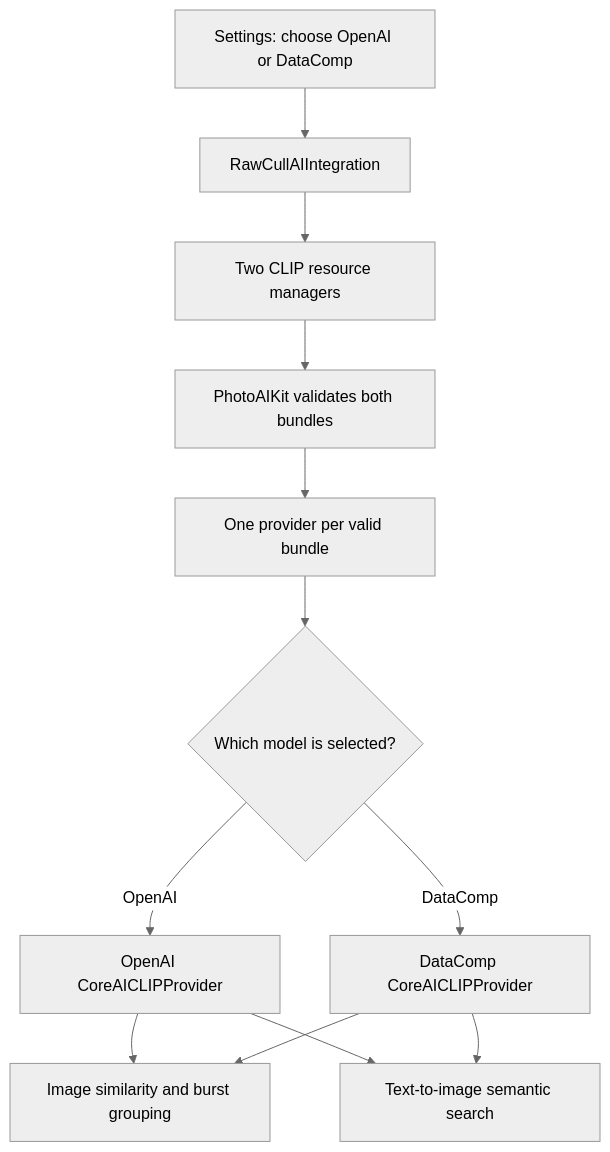
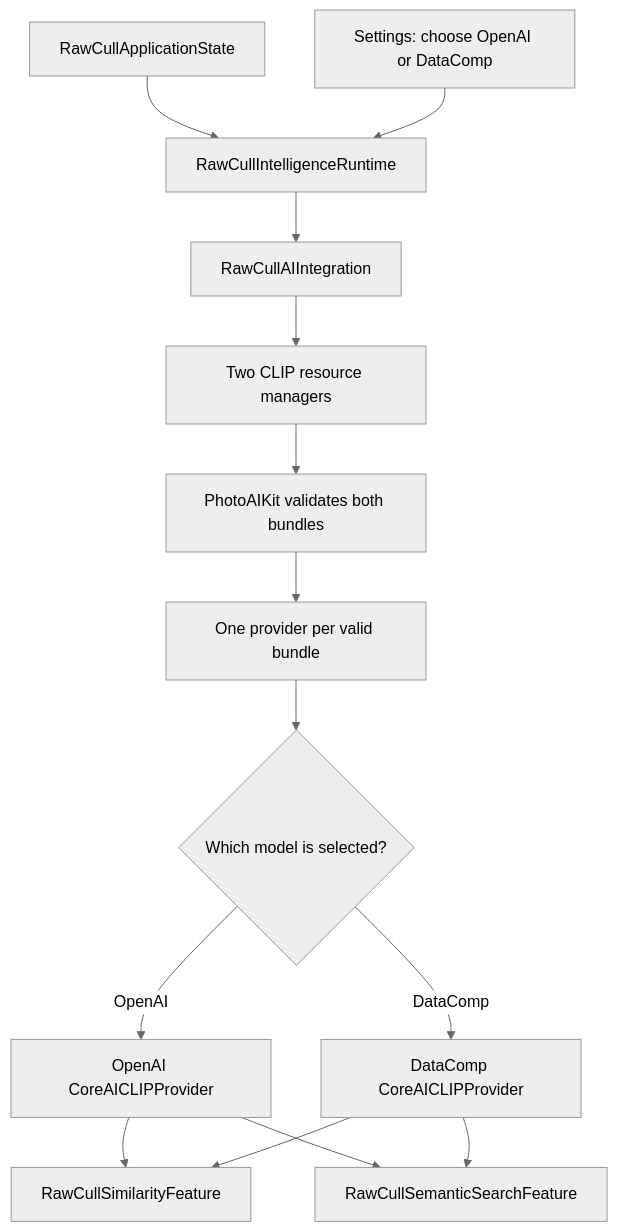
One commit to rsyncOSX/TechDocRawcull changed the first of 3 diagrams in content/en/docs/ai/clip-in-rawcull.md. Above: the diagram before and after it, drawn with Mermaid (neutral theme). The commit also changed other lines of this file and 13 other files, not shown here.

````diff
--- a/content/en/docs/ai/clip-in-rawcull.md
+++ b/content/en/docs/ai/clip-in-rawcull.md
@@ -196,14 +195,16 @@
 ```mermaid
 flowchart TD
-    Settings["Settings: choose OpenAI or DataComp"] --> Integration["RawCullAIIntegration"]
+    App["RawCullApplicationState"] --> Runtime["RawCullIntelligenceRuntime"]
+    Settings["Settings: choose OpenAI or DataComp"] --> Runtime
+    Runtime --> Integration["RawCullAIIntegration"]
     Integration --> Managers["Two CLIP resource managers"]
     Managers --> Validate["PhotoAIKit validates both bundles"]
     Validate --> Providers["One provider per valid bundle"]
     Providers --> Selected{"Which model is selected?"}
     Selected -->|OpenAI| OpenAI["OpenAI CoreAICLIPProvider"]
     Selected -->|DataComp| DataComp["DataComp CoreAICLIPProvider"]
-    OpenAI --> Similarity["Image similarity and burst grouping"]
-    OpenAI --> Search["Text-to-image semantic search"]
+    OpenAI --> Similarity["RawCullSimilarityFeature"]
+    OpenAI --> Search["RawCullSemanticSearchFeature"]
     DataComp --> Similarity
     DataComp --> Search
 ```
````
